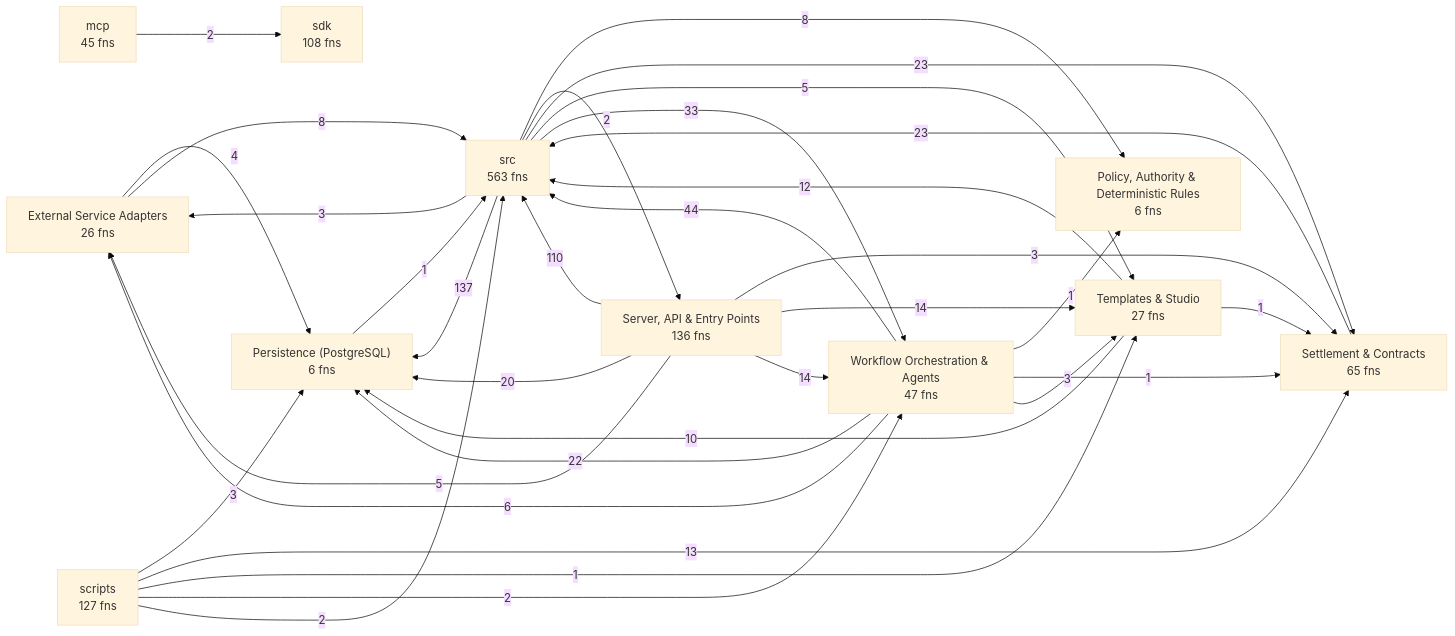
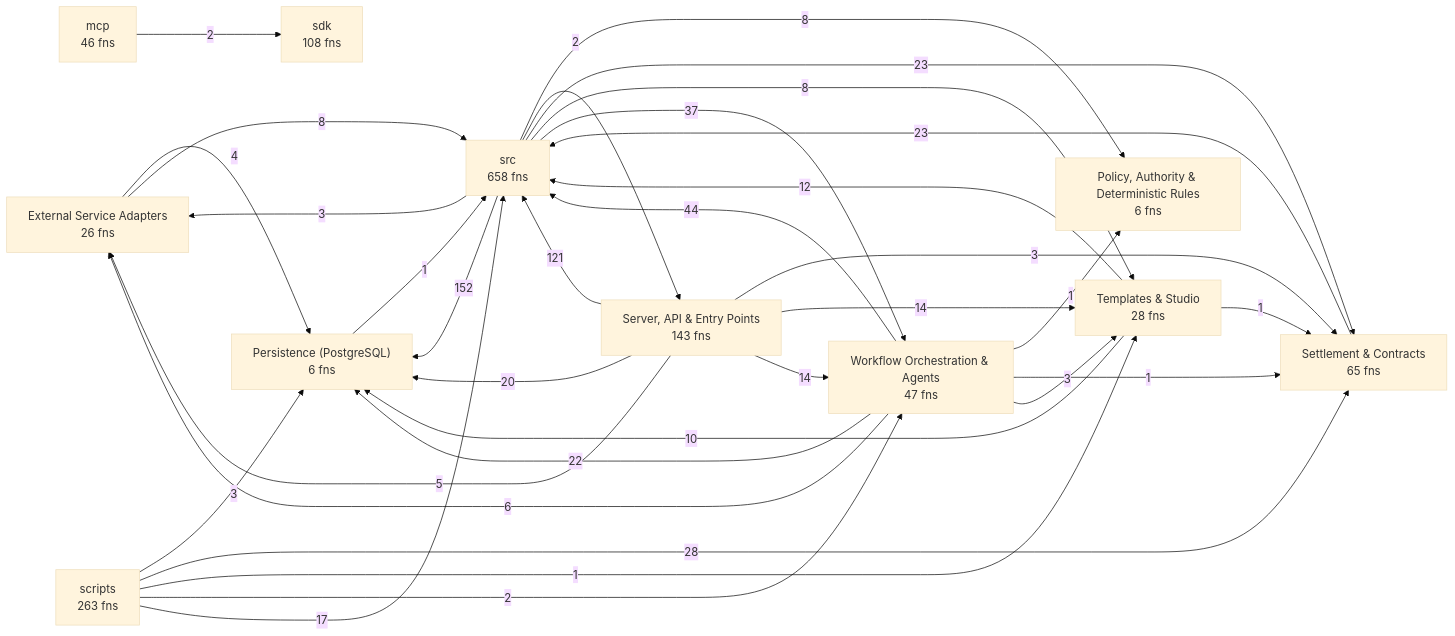
The first of 11 diagrams in docs/CODEBASE_MAP.md (Jaydearcadian/bind), drawn with Mermaid (base theme) before and after one commit. The commit also changed other lines of this file and 11 other files, not shown here.

````diff
--- a/docs/CODEBASE_MAP.md
+++ b/docs/CODEBASE_MAP.md
@@ -12,46 +12,46 @@
 ```mermaid
 flowchart LR
   L0["External Service Adapters<br/>26 fns"]
   L1["Persistence (PostgreSQL)<br/>6 fns"]
   L2["Policy, Authority & Deterministic Rules<br/>6 fns"]
-  L3["Server, API & Entry Points<br/>136 fns"]
+  L3["Server, API & Entry Points<br/>143 fns"]
   L4["Settlement & Contracts<br/>65 fns"]
-  L5["Templates & Studio<br/>27 fns"]
+  L5["Templates & Studio<br/>28 fns"]
   L6["Workflow Orchestration & Agents<br/>47 fns"]
-  L7["mcp<br/>45 fns"]
-  L8["scripts<br/>127 fns"]
+  L7["mcp<br/>46 fns"]
+  L8["scripts<br/>263 fns"]
   L9["sdk<br/>108 fns"]
-  L10["src<br/>563 fns"]
+  L10["src<br/>658 fns"]
   L0 -->|4| L1
   L0 -->|8| L10
   L1 -->|1| L10
   L3 -->|5| L0
   L3 -->|20| L1
   L3 -->|3| L4
   L3 -->|14| L5
   L3 -->|14| L6
-  L3 -->|110| L10
+  L3 -->|121| L10
   L4 -->|23| L10
   L5 -->|10| L1
   L5 -->|1| L4
   L5 -->|12| L10
   L6 -->|6| L0
   L6 -->|22| L1
   L6 -->|1| L2
   L6 -->|1| L4
   L6 -->|3| L5
   L6 -->|44| L10
   L7 -->|2| L9
   L8 -->|3| L1
-  L8 -->|13| L4
+  L8 -->|28| L4
   L8 -->|1| L5
   L8 -->|2| L6
-  L8 -->|2| L10
+  L8 -->|17| L10
   L10 -->|3| L0
-  L10 -->|137| L1
+  L10 -->|152| L1
   L10 -->|8| L2
   L10 -->|2| L3
   L10 -->|23| L4
-  L10 -->|5| L5
-  L10 -->|33| L6
+  L10 -->|8| L5
+  L10 -->|37| L6
 ```
````
